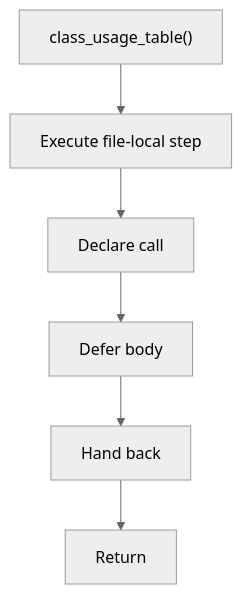
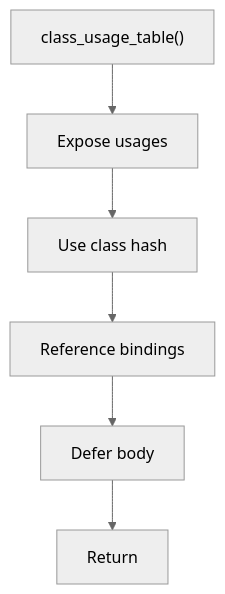
Before and after one commit to JohnAndrewBalbarosa/NeoTerritory: the diagram in docs/Codebase/Microservice/Modules/Header/Analysis/ImplementationUse/Binding/Symbols/Flow/functions/class_usage_table.hpp.md, drawn with Mermaid (neutral theme). The commit also changed other lines of this file and 147 other files, not shown here.

````diff
--- a/docs/Codebase/Microservice/Modules/Header/Analysis/ImplementationUse/Binding/Symbols/Flow/functions/class_usage_table.hpp.md
+++ b/docs/Codebase/Microservice/Modules/Header/Analysis/ImplementationUse/Binding/Symbols/Flow/functions/class_usage_table.hpp.md
@@ -16,14 +25,14 @@
 ```mermaid
 flowchart TD
     Start["class_usage_table()"]
-    N0["Execute file-local step"]
-    N1["Declare call"]
-    N2["Defer body"]
-    N3["Hand back"]
+    N0["Expose usages"]
+    N1["Use class hash"]
+    N2["Reference bindings"]
+    N3["Defer body"]
     End["Return"]
     Start --> N0
     N0 --> N1
     N1 --> N2
     N2 --> N3
     N3 --> End
 ```
````
